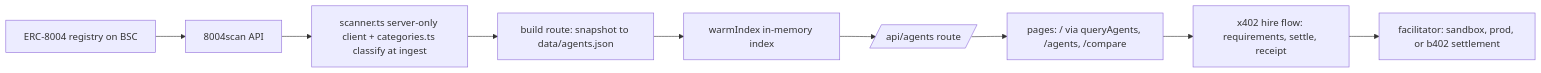
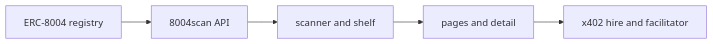
One commit to blockballr/agentsouk changed the diagram in README.md. Above: the diagram before and after it, drawn with Mermaid.

Commit message:
docs: shorten the architecture diagram so it stops scrolling sideways
nine nodes in one row overflowed the readme column and forced a horizontal
scroll. the same pipeline now reads in five short nodes, so it fits the column
and the detail it dropped already lives in docs architecture, which the section
links to directly below it.

````diff
--- a/README.md
+++ b/README.md
@@ -28,11 +28,7 @@
 ```mermaid
 flowchart LR
-    R[ERC-8004 registry on BSC] --> A[8004scan API]
-    A --> S[scanner.ts server-only client + categories.ts classify at ingest]
-    S --> B[build route: snapshot to data/agents.json]
-    B --> W[warmIndex in-memory index]
-    W --> API[/api/agents route/]
-    API --> P[pages: / via queryAgents, /agents, /compare]
-    P --> X[x402 hire flow: requirements, settle, receipt]
-    X --> F[facilitator: sandbox, prod, or b402 settlement]
+    R[ERC-8004 registry] --> A[8004scan API]
+    A --> S[scanner and shelf]
+    S --> P[pages and detail]
+    P --> X[x402 hire and facilitator]
 ```
````
